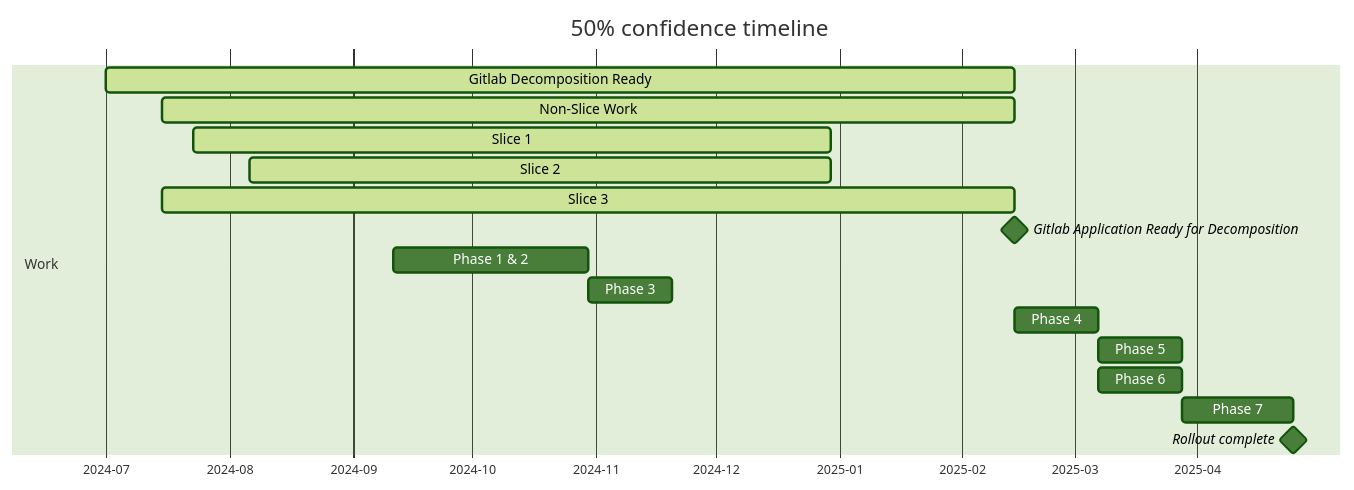
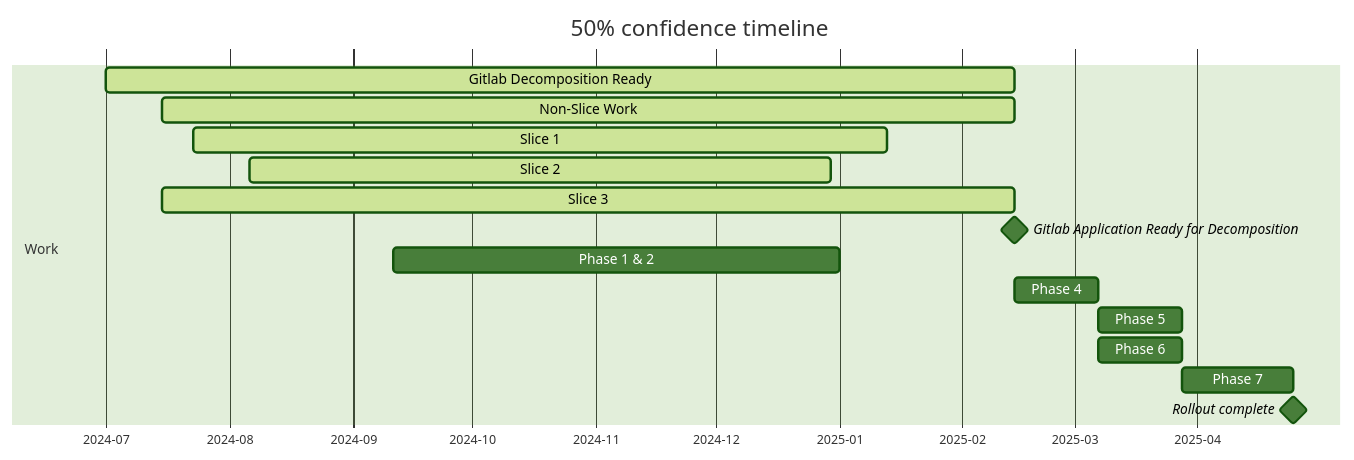
The diagram in content/handbook/company/working-groups/secure-govern-database-decomposition/_index.md (zalyoung/gitlab-handbook), drawn with Mermaid (forest theme) before and after one commit.

Commit message:
chore: Align Sec Decomp gantt to rollout issue

````diff
--- a/content/handbook/company/working-groups/secure-govern-database-decomposition/_index.md
+++ b/content/handbook/company/working-groups/secure-govern-database-decomposition/_index.md
@@ -99,21 +99,20 @@
 ```mermaid
 gantt
 dateFormat YYYY-MM-DD
 title 50% confidence timeline
 
 section Work
 Gitlab Decomposition Ready :active , decompose, 2024-07-01, 2025-02-14
 Non-Slice Work :active, nonslicework, 2024-07-15, 2025-02-14
-Slice 1 :active, slice1, 2024-07-23, 2024-12-30
+Slice 1 :active, slice1, 2024-07-23, 2025-01-13
 Slice 2 :active, slice2, 2024-08-06, 2024-12-30
 Slice 3 :active, slice3, 2024-07-15, 2025-02-14
 Gitlab Application Ready for Decomposition :milestone, allslices, after slice1 slice2 slice3 nonslicework, 0d
-Phase 1 & 2 : phase12, 2024-09-11, 7w
-Phase 3 : phase3, after phase12, 3w
+Phase 1 & 2 : phase12, 2024-09-11, 16w
 Phase 4 : phase4, after allslices phase3 decompose, 3w
 Phase 5 : phase5, after phase4, 3w
 Phase 6 : phase6, after phase4, 3w
 Phase 7 : phase7, after phase6, 4w
 Rollout complete :milestone, rollout, after phase7, 0d
 axisFormat  %Y-%m
 ```
````
